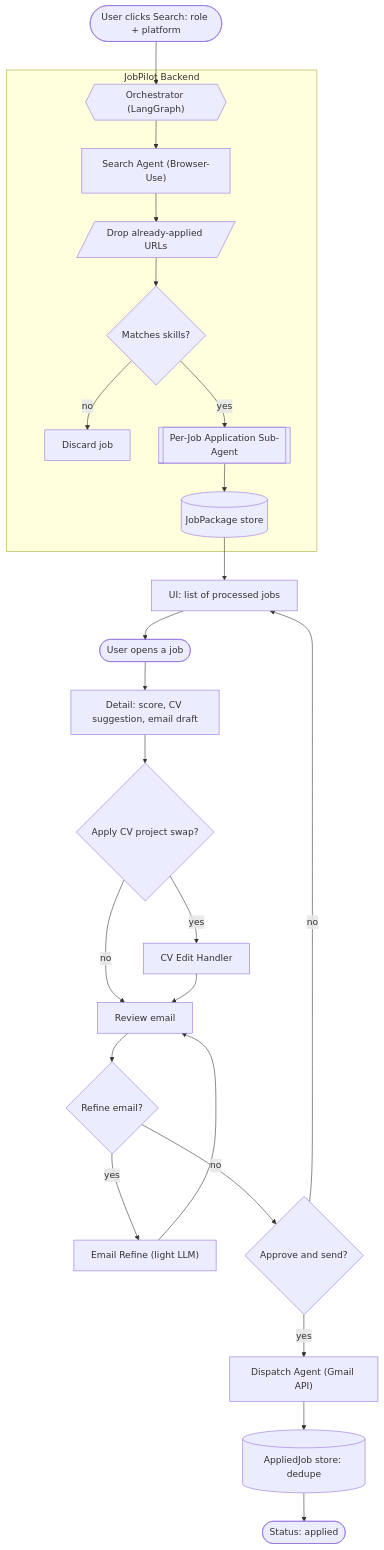
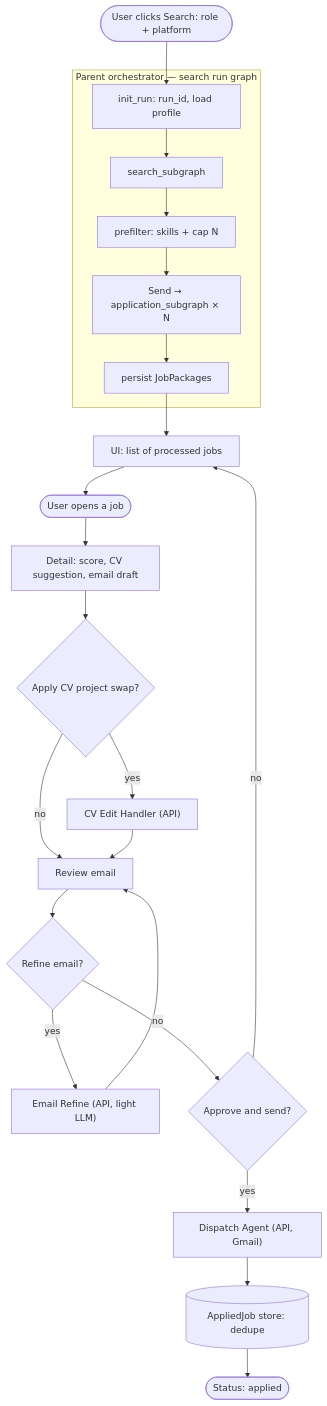
One commit to HamzaFayaz/JobPilot changed the second of 10 diagrams in System Design/JobPilot-System-Design.md. Above: the diagram before and after it, drawn with Mermaid. The commit also changed other lines of this file, not shown here.

Commit message:
Expand backend system design with LangGraph topology, API surface, and data models.

````diff
--- a/System Design/JobPilot-System-Design.md
+++ b/System Design/JobPilot-System-Design.md
@@ -37,38 +78,31 @@
 ```mermaid
 flowchart TD
     userSearch(["User clicks Search: role + platform"])
 
-    subgraph backend [JobPilot Backend]
-        orch{{"Orchestrator (LangGraph)"}}
-        search["Search Agent (Browser-Use)"]
-        dedupeFilter[/"Drop already-applied URLs"/]
-        matchGate{"Matches skills?"}
-        dropJob["Discard job"]
-        appAgent[["Per-Job Application Sub-Agent"]]
-        pkgStore[("JobPackage store")]
+    subgraph batchGraph ["Parent orchestrator — search run graph"]
+        initRun["init_run: run_id, load profile"]
+        searchSub["search_subgraph"]
+        matchNode["prefilter: skills + cap N"]
+        fanSend["Send → application_subgraph × N"]
+        persistNode["persist JobPackages"]
+        initRun --> searchSub --> matchNode --> fanSend --> persistNode
     end
 
-    userSearch --> orch
-    orch --> search
-    search --> dedupeFilter
-    dedupeFilter --> matchGate
-    matchGate -->|no| dropJob
-    matchGate -->|yes| appAgent
-    appAgent --> pkgStore
-    pkgStore --> uiList["UI: list of processed jobs"]
+    userSearch --> initRun
+    persistNode --> uiList["UI: list of processed jobs"]
 
     uiList --> openJob(["User opens a job"])
     openJob --> detail["Detail: score, CV suggestion, email draft"]
     detail --> editChoice{"Apply CV project swap?"}
-    editChoice -->|yes| cvEdit["CV Edit Handler"]
+    editChoice -->|yes| cvEdit["CV Edit Handler (API)"]
     editChoice -->|no| reviewEmail["Review email"]
     cvEdit --> reviewEmail
     reviewEmail --> refineChoice{"Refine email?"}
-    refineChoice -->|yes| emailRefine["Email Refine (light LLM)"]
+    refineChoice -->|yes| emailRefine["Email Refine (API, light LLM)"]
     emailRefine --> reviewEmail
     refineChoice -->|no| sendChoice{"Approve and send?"}
-    sendChoice -->|yes| dispatch["Dispatch Agent (Gmail API)"]
+    sendChoice -->|yes| dispatch["Dispatch Agent (API, Gmail)"]
     sendChoice -->|no| uiList
     dispatch --> appliedStore[("AppliedJob store: dedupe")]
     appliedStore --> done(["Status: applied"])
 ```
````
